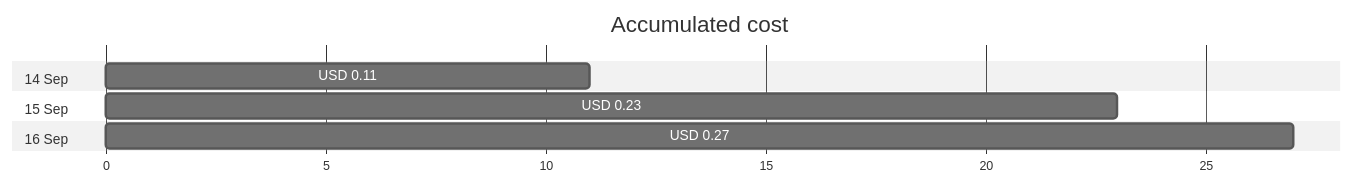
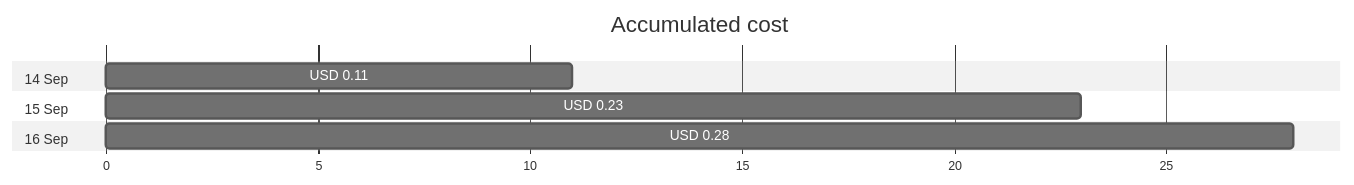
The first of 4 diagrams in cost-reports/personal-network/backup-server-public-ip.md (jpfulton/azure-personal-reports), drawn with Mermaid (neutral theme) before and after one commit. The commit also changed other lines of this file and 16 other files, not shown here.

````diff
--- a/cost-reports/personal-network/backup-server-public-ip.md
+++ b/cost-reports/personal-network/backup-server-public-ip.md
@@ -20,12 +20,12 @@
 ```mermaid
 gantt
    title Accumulated cost
    dateFormat  X
    axisFormat %s
    section 14 Sep
    USD 0.11 :0, 11
    section 15 Sep
    USD 0.23 :0, 23
    section 16 Sep
-   USD 0.27 :0, 27
+   USD 0.28 :0, 28
 ```
````
